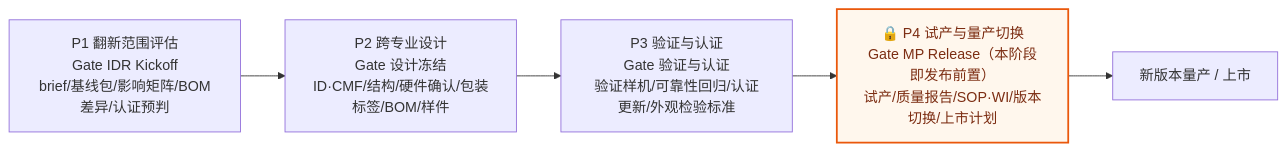
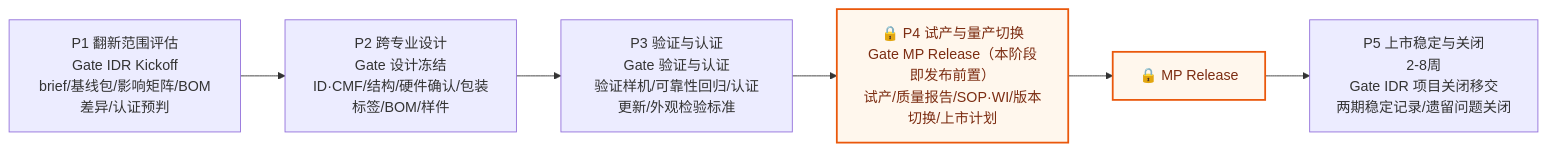
Before and after one commit to RealHanweiHu/ce-project-hub: the fifth of 8 diagrams in docs/design/2026-06-29-sop-design.md, drawn with Mermaid. The commit also changed other lines of this file and 523 other files, not shown here.

````diff
--- a/docs/design/2026-06-29-sop-design.md
+++ b/docs/design/2026-06-29-sop-design.md
@@ -116,10 +158,11 @@
 ```mermaid
 flowchart LR
   I1["P1 翻新范围评估<br/>Gate IDR Kickoff<br/>brief/基线包/影响矩阵/BOM差异/认证预判"]
   I2["P2 跨专业设计<br/>Gate 设计冻结<br/>ID·CMF/结构/硬件确认/包装标签/BOM/样件"]
   I3["P3 验证与认证<br/>Gate 验证与认证<br/>验证样机/可靠性回归/认证更新/外观检验标准"]
   I4["🔒 P4 试产与量产切换<br/>Gate MP Release（本阶段即发布前置）<br/>试产/质量报告/SOP·WI/版本切换/上市计划"]
-  I1-->I2-->I3-->I4-->IEnd["新版本量产 / 上市"]
+  I5["P5 上市稳定与关闭<br/>2-8周<br/>Gate IDR 项目关闭移交<br/>两期稳定记录/遗留问题关闭"]
+  I1-->I2-->I3-->I4-->REL["🔒 MP Release"]-->I5
   classDef rel fill:#fff7ed,stroke:#ea580c,color:#7c2d12,stroke-width:2px;
-  class I4 rel;
+  class I4,REL rel;
 ```
````
